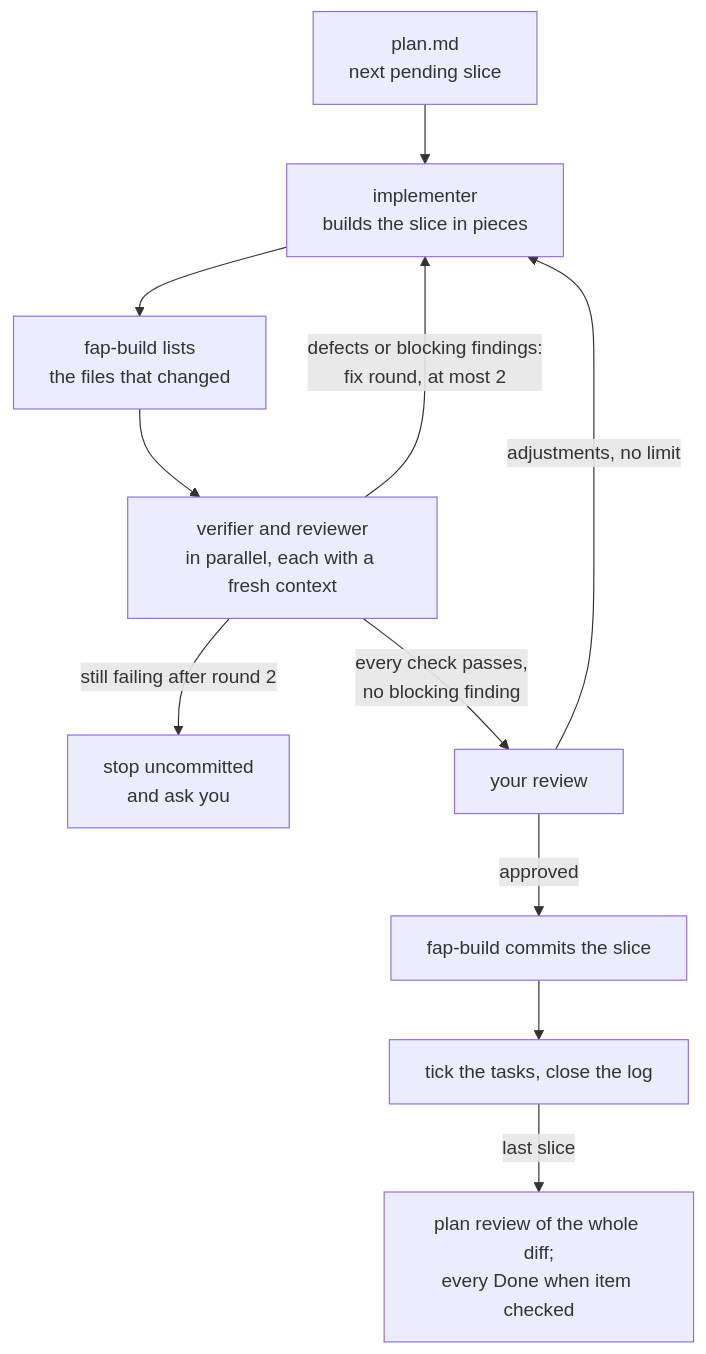
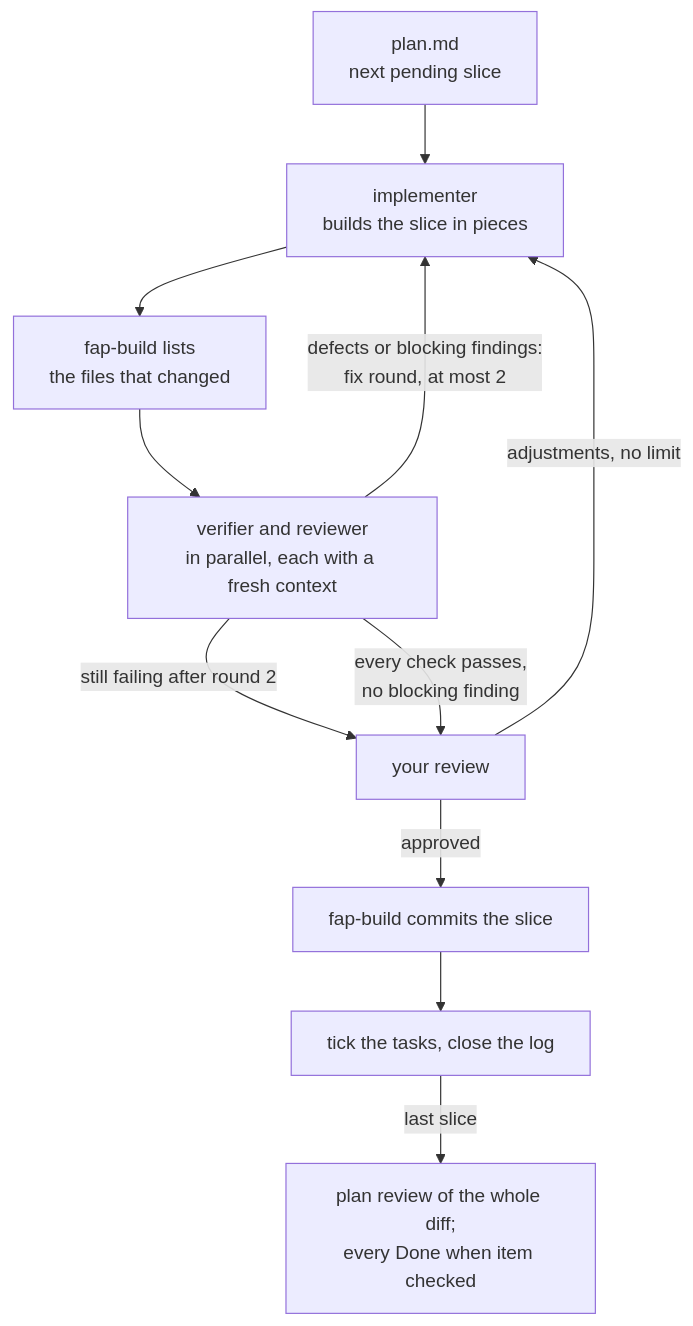
The second of 3 diagrams in README.md (felipearpa/belay), drawn with Mermaid before and after one commit. The commit also changed other lines of this file and 3 other files, not shown here.

````diff
--- a/README.md
+++ b/README.md
@@ -56,13 +56,13 @@
 ```mermaid
 flowchart TD
   P["plan.md<br/>next pending slice"] --> I["implementer<br/>builds the slice in pieces"]
   I --> L["fap-build lists<br/>the files that changed"]
   L --> VR["verifier and reviewer<br/>in parallel, each with a fresh context"]
   VR -- "defects or blocking findings:<br/>fix round, at most 2" --> I
-  VR -- "still failing after round 2" --> X["stop uncommitted<br/>and ask you"]
+  VR -- "still failing after round 2" --> U
   VR -- "every check passes,<br/>no blocking finding" --> U["your review"]
   U -- "adjustments, no limit" --> I
   U -- "approved" --> C["fap-build commits the slice"]
   C --> T["tick the tasks, close the log"]
   T -- "last slice" --> PR["plan review of the whole diff;<br/>every Done when item checked"]
 ```
````
